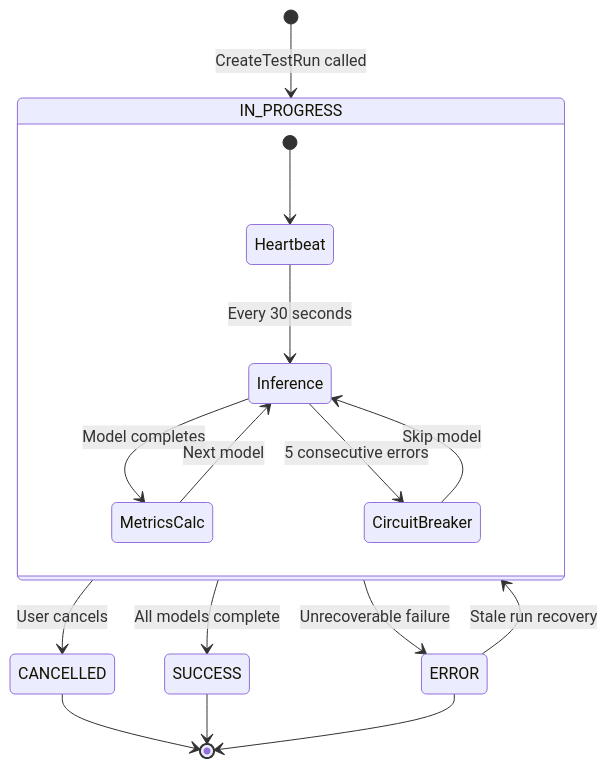
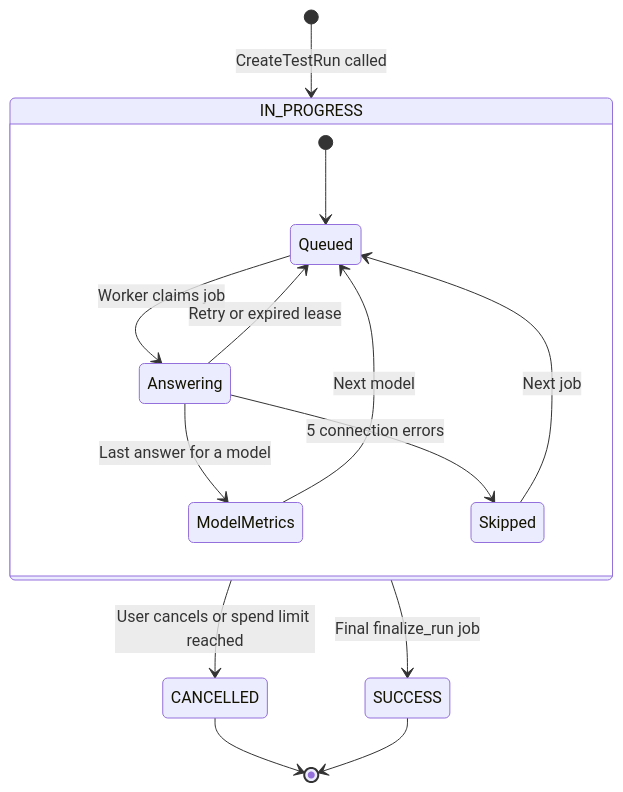
Before and after one commit to pelidum/mpac: the fifth of 8 diagrams in docs/mpac_guide.md, drawn with Mermaid. The commit also changed other lines of this file and 286 other files, not shown here.

````diff
--- a/docs/mpac_guide.md
+++ b/docs/mpac_guide.md
@@ -465,21 +621,19 @@
 ```mermaid
 stateDiagram-v2
     [*] --> IN_PROGRESS: CreateTestRun called
-    IN_PROGRESS --> SUCCESS: All models complete
-    IN_PROGRESS --> ERROR: Unrecoverable failure
-    IN_PROGRESS --> CANCELLED: User cancels
+    IN_PROGRESS --> SUCCESS: Final finalize_run job
+    IN_PROGRESS --> CANCELLED: User cancels or spend limit reached
 
     state IN_PROGRESS {
-        [*] --> Heartbeat
-        Heartbeat --> Inference: Every 30 seconds
-        Inference --> MetricsCalc: Model completes
-        MetricsCalc --> Inference: Next model
-        Inference --> CircuitBreaker: 5 consecutive errors
-        CircuitBreaker --> Inference: Skip model
+        [*] --> Queued
+        Queued --> Answering: Worker claims job
+        Answering --> Queued: Retry or expired lease
+        Answering --> ModelMetrics: Last answer for a model
+        ModelMetrics --> Queued: Next model
+        Answering --> Skipped: 5 connection errors
+        Skipped --> Queued: Next job
     }
 
-    ERROR --> IN_PROGRESS: Stale run recovery
     CANCELLED --> [*]
     SUCCESS --> [*]
-    ERROR --> [*]
 ```
````
